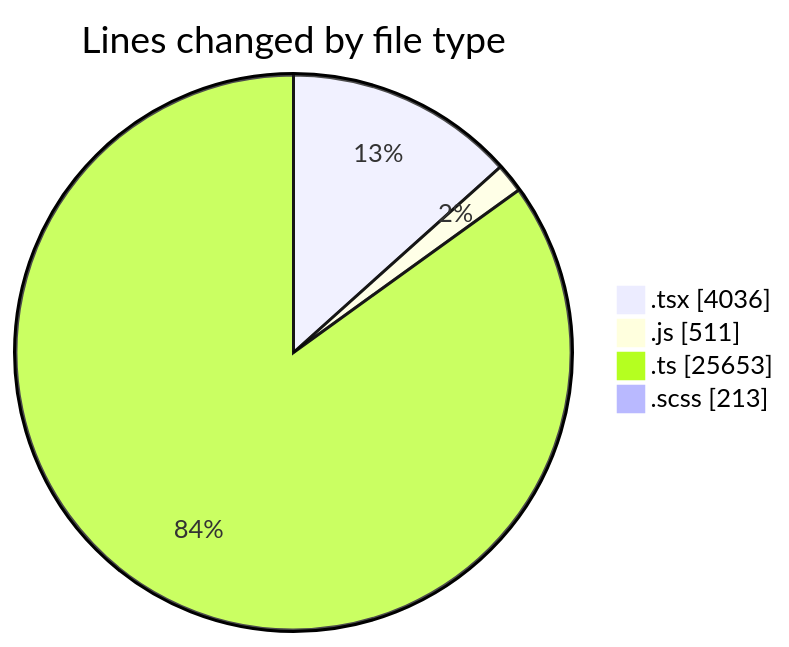
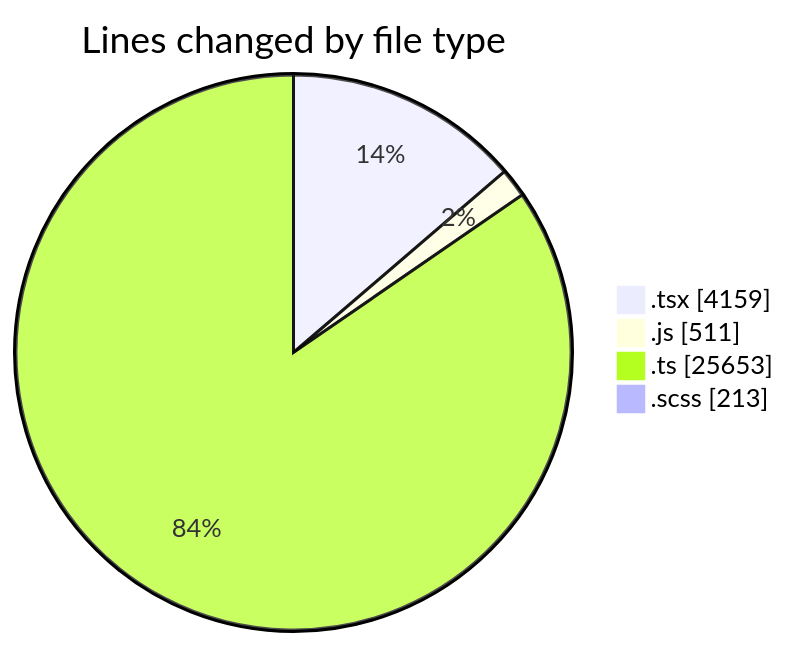
The first of 2 diagrams in 2025-06-30/cda/README.md (momahboobian/code-tracking), drawn with Mermaid before and after one commit. The commit also changed other lines of this file and 1 other file, not shown here.

````diff
--- a/2025-06-30/cda/README.md
+++ b/2025-06-30/cda/README.md
@@ -41,8 +42,8 @@
 ```mermaid
 pie showData
 title Lines changed by file type
-".tsx" : 4036
+".tsx" : 4159
 ".js" : 511
 ".ts" : 25653
 ".scss" : 213
 ```
````
